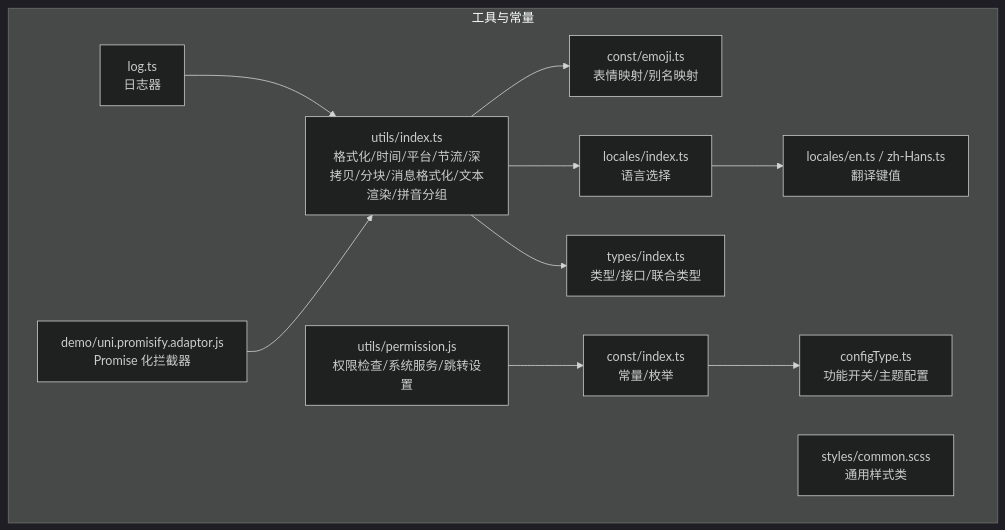
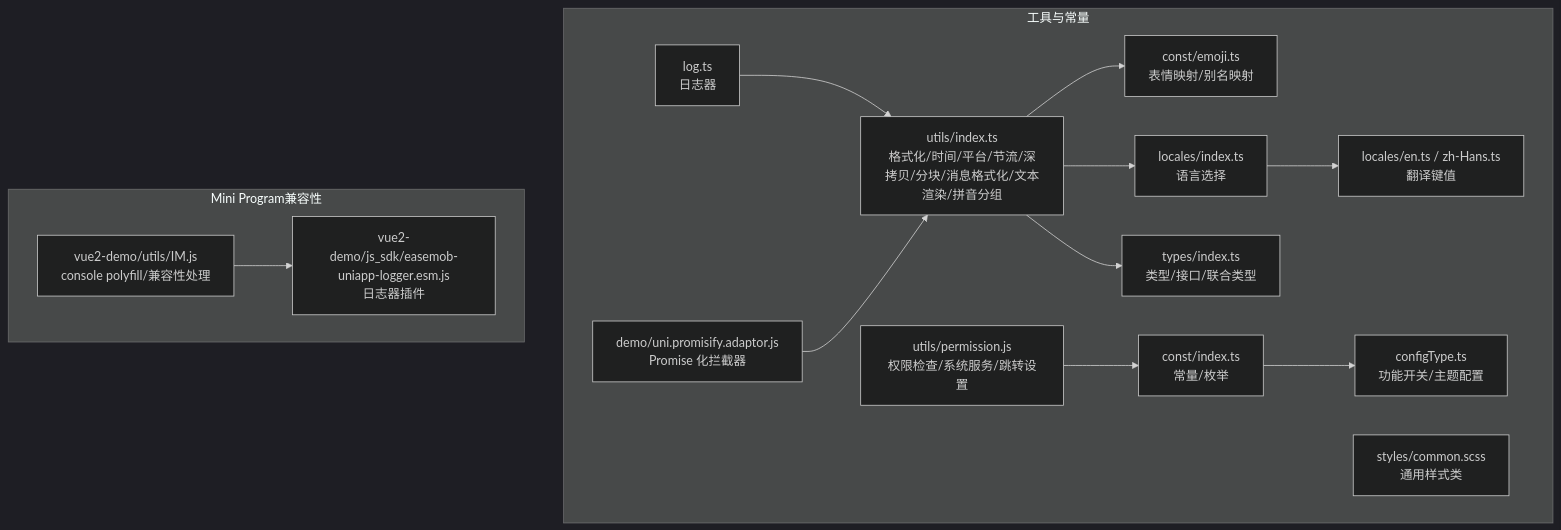
One commit to Easemob-Community/easemob-uikit-uniapp-community changed the first of 9 diagrams in .qoder/repowiki/zh/content/工具函数和常量/工具函数和常量.md. Above: the diagram before and after it, drawn with Mermaid (dark theme). The commit also changed other lines of this file and 5 other files, not shown here.

````diff
--- a/.qoder/repowiki/zh/content/工具函数和常量/工具函数和常量.md
+++ b/.qoder/repowiki/zh/content/工具函数和常量/工具函数和常量.md
@@ -45,24 +51,29 @@
 ```mermaid
 graph TB
 subgraph "工具与常量"
 U1["utils/index.ts<br/>格式化/时间/平台/节流/深拷贝/分块/消息格式化/文本渲染/拼音分组"]
 U2["utils/permission.js<br/>权限检查/系统服务/跳转设置"]
 C1["const/index.ts<br/>常量/枚举"]
 C2["const/emoji.ts<br/>表情映射/别名映射"]
 T1["types/index.ts<br/>类型/接口/联合类型"]
 CT["configType.ts<br/>功能开关/主题配置"]
 L1["locales/index.ts<br/>语言选择"]
 L2["locales/en.ts / zh-Hans.ts<br/>翻译键值"]
 ST["styles/common.scss<br/>通用样式类"]
 LG["log.ts<br/>日志器"]
 AD["demo/uni.promisify.adaptor.js<br/>Promise 化拦截器"]
 end
+subgraph "Mini Program兼容性"
+IM["vue2-demo/utils/IM.js<br/>console polyfill/兼容性处理"]
+LOG["vue2-demo/js_sdk/easemob-uniapp-logger.esm.js<br/>日志器插件"]
+end
 U1 --> C2
 U1 --> L1
 U1 --> T1
 U2 --> C1
 C1 --> CT
 L1 --> L2
 LG --> U1
 AD --> U1
+IM --> LOG
 ```
````
